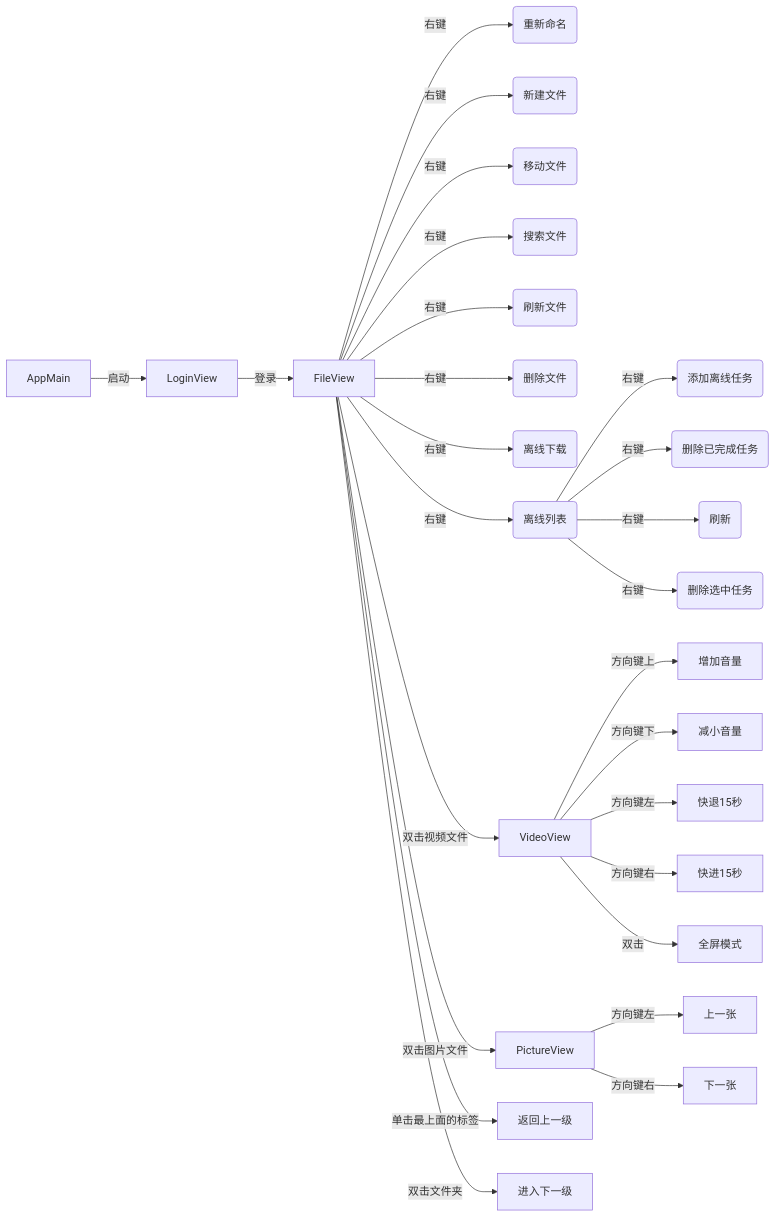
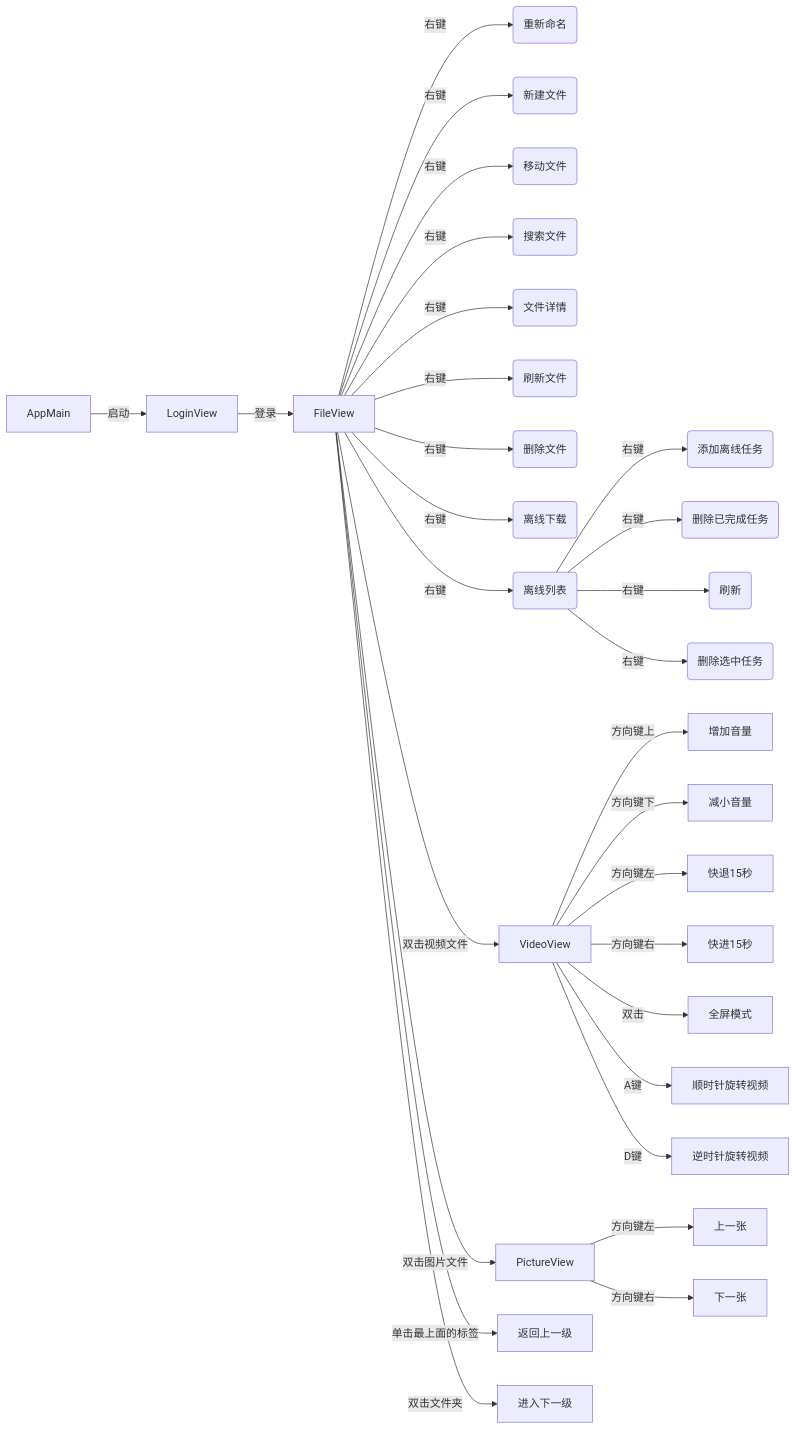
Before and after one commit to zerorooot/SixPan: the diagram in README.md, drawn with Mermaid. The commit also changed 1 other file, not shown here.

Commit message:
视频窗口大小适应视频

````diff
--- a/README.md
+++ b/README.md
@@ -29,27 +29,30 @@
 ```mermaid
 graph LR;
 AppMain--启动-->LoginView--登录-->FileView
 FileView--右键-->editItem(重新命名)
 FileView--右键-->createFolderItem(新建文件)
 FileView--右键-->moveFileItem(移动文件)
 FileView--右键-->searchFileItem(搜索文件)
+FileView--右键-->fileInfoItem(文件详情)
 FileView--右键-->flushItem(刷新文件)
 FileView--右键-->deleteItem(删除文件)
 FileView--右键-->addOffLineItem(离线下载)
 FileView--右键-->offLineViewltem(离线列表)
 offLineViewltem--右键-->offLineAdd(添加离线任务)
 offLineViewltem--右键-->deleteComplete(删除已完成任务)
 offLineViewltem--右键-->flush(刷新)
 offLineViewltem--右键-->deleteCurrent(删除选中任务)
 FileView--双击视频文件-->VideoView
 VideoView--方向键上-->增加音量
 VideoView--方向键下-->减小音量
 VideoView--方向键左-->快退15秒
 VideoView--方向键右-->快进15秒
 VideoView--双击-->全屏模式
+VideoView--A键-->顺时针旋转视频
+VideoView--D键-->逆时针旋转视频
 FileView--双击图片文件-->PictureView
 PictureView--方向键左-->上一张
 PictureView--方向键右-->下一张
 FileView--单击最上面的标签-->返回上一级
 FileView--双击文件夹-->进入下一级
 ```
````
